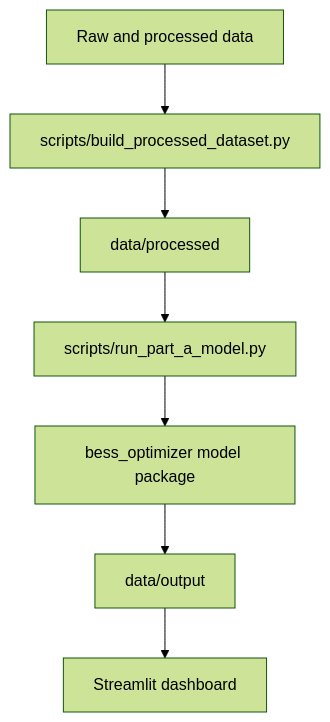
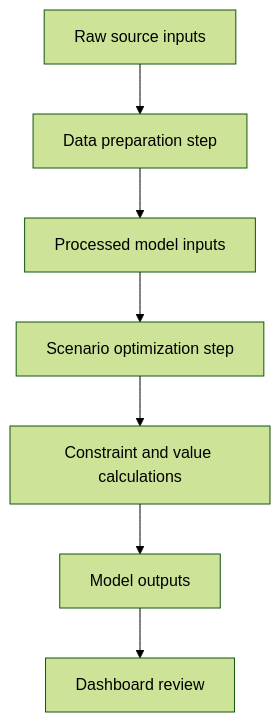
The first of 2 diagrams in docs/IMPLEMENTATION_NOTES.md (KayvanShah1/btm-bess-market-optimizer), drawn with Mermaid (forest theme) before and after one commit. The commit also changed other lines of this file and 1 other file, not shown here.

Commit message:
Refactor data flow diagrams in documentation for clarity and consistency

````diff
--- a/docs/IMPLEMENTATION_NOTES.md
+++ b/docs/IMPLEMENTATION_NOTES.md
@@ -7,9 +7,9 @@
 ```mermaid
 flowchart TD
-    A[Raw and processed data] --> B[scripts/build_processed_dataset.py]
-    B --> C[data/processed]
-    C --> D[scripts/run_part_a_model.py]
-    D --> E[bess_optimizer model package]
-    E --> F[data/output]
-    F --> G[Streamlit dashboard]
+    A[Raw source inputs] --> B[Data preparation step]
+    B --> C[Processed model inputs]
+    C --> D[Scenario optimization step]
+    D --> E[Constraint and value calculations]
+    E --> F[Model outputs]
+    F --> G[Dashboard review]
 ```
````
